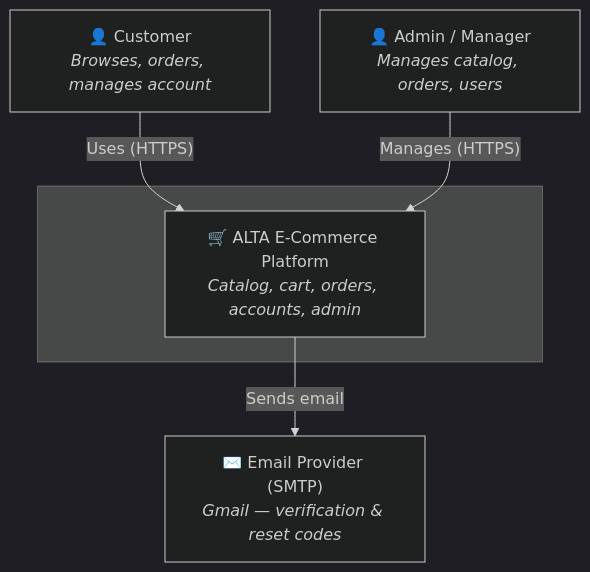
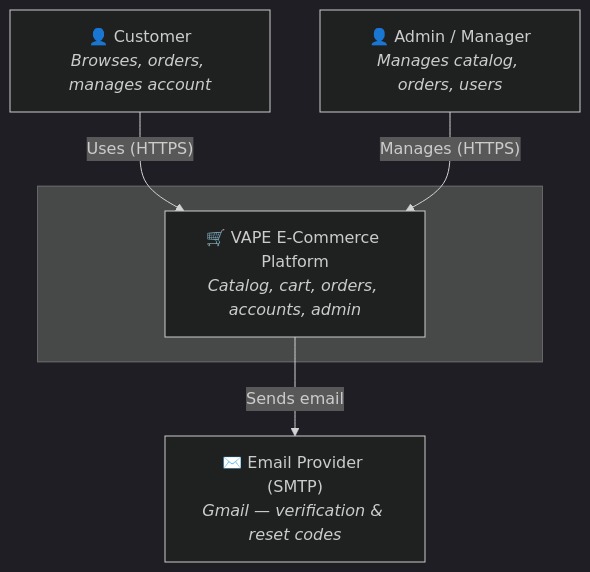
One commit to Redened/ITStepFinal changed the first of 5 diagrams in ARCHITECTURE-C4.md. Above: the diagram before and after it, drawn with Mermaid (dark theme). The commit also changed other lines of this file and 434 other files, not shown here.

````diff
--- a/ARCHITECTURE-C4.md
+++ b/ARCHITECTURE-C4.md
@@ -16,15 +16,15 @@
 ```mermaid
 graph TD
     customer["👤 Customer<br/><i>Browses, orders, manages account</i>"]
     staff["👤 Admin / Manager<br/><i>Manages catalog, orders, users</i>"]
 
-    subgraph alta[" "]
-        system["🛒 ALTA E-Commerce Platform<br/><i>Catalog, cart, orders, accounts, admin</i>"]
+    subgraph vape[" "]
+        system["🛒 VAPE E-Commerce Platform<br/><i>Catalog, cart, orders, accounts, admin</i>"]
     end
 
     smtp["✉️ Email Provider (SMTP)<br/><i>Gmail — verification & reset codes</i>"]
 
     customer -->|"Uses (HTTPS)"| system
     staff -->|"Manages (HTTPS)"| system
     system -->|"Sends email"| smtp
 ```
````
